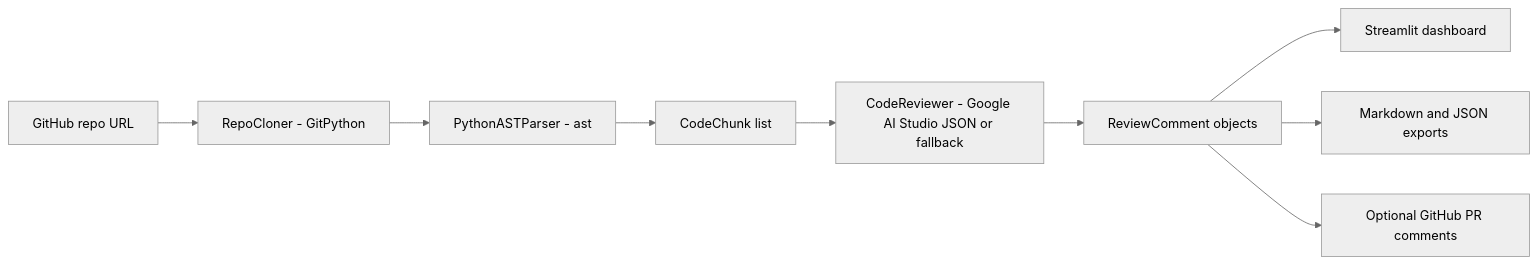
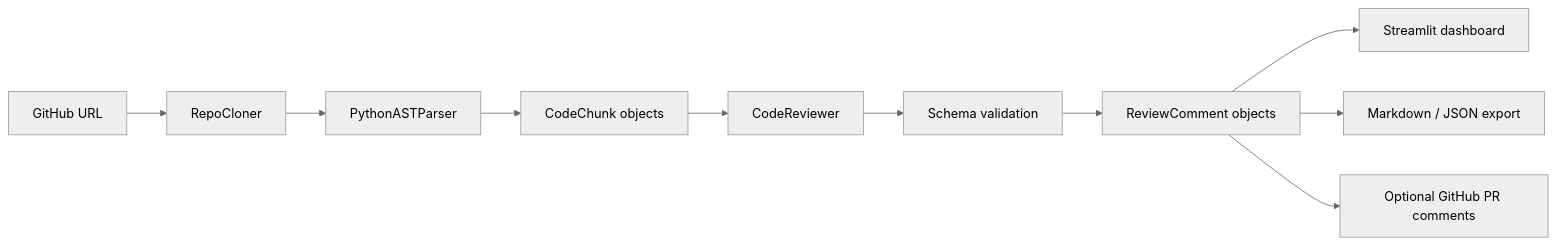
One commit to aastha70203/repo_checker changed the diagram in README.md. Above: the diagram before and after it, drawn with Mermaid (neutral theme). The commit also changed other lines of this file and 20 other files, not shown here.

````diff
--- a/README.md
+++ b/README.md
@@ -42,11 +65,12 @@
 ```mermaid
 flowchart LR
-    A["GitHub repo URL"] --> B["RepoCloner - GitPython"]
-    B --> C["PythonASTParser - ast"]
-    C --> D["CodeChunk list"]
-    D --> E["CodeReviewer - Google AI Studio JSON or fallback"]
-    E --> F["ReviewComment objects"]
-    F --> G["Streamlit dashboard"]
-    F --> H["Markdown and JSON exports"]
-    F --> I["Optional GitHub PR comments"]
+    A["GitHub URL"] --> B["RepoCloner"]
+    B --> C["PythonASTParser"]
+    C --> D["CodeChunk objects"]
+    D --> E["CodeReviewer"]
+    E --> F["Schema validation"]
+    F --> G["ReviewComment objects"]
+    G --> H["Streamlit dashboard"]
+    G --> I["Markdown / JSON export"]
+    G --> J["Optional GitHub PR comments"]
 ```
````
